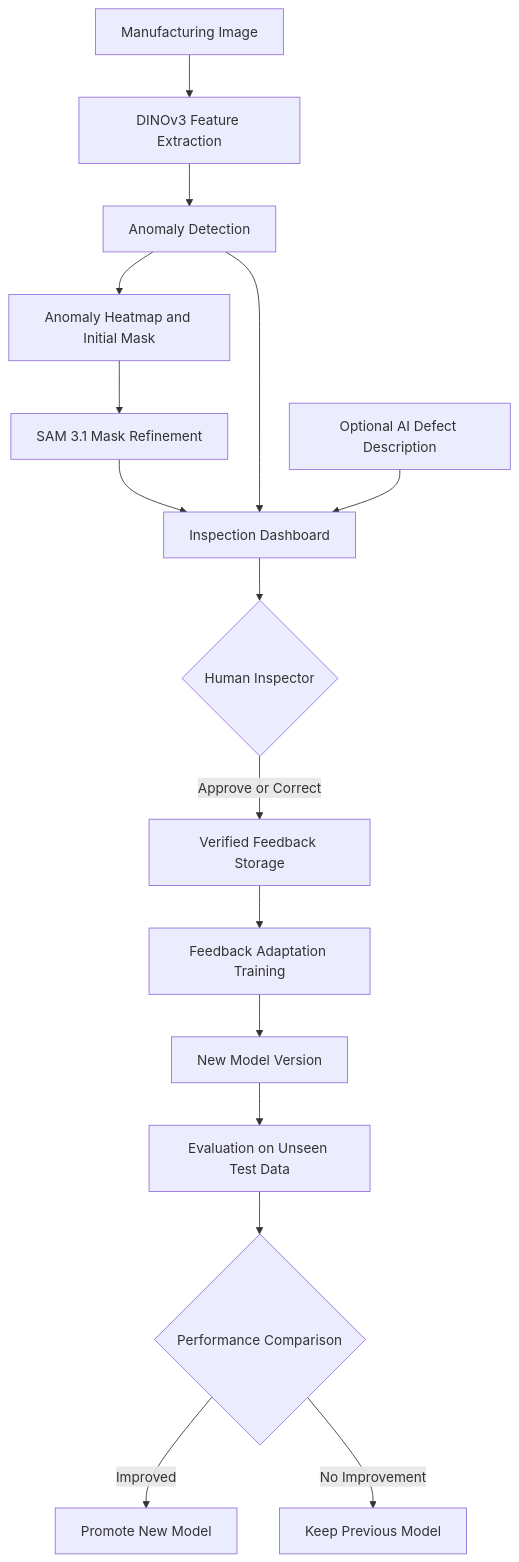
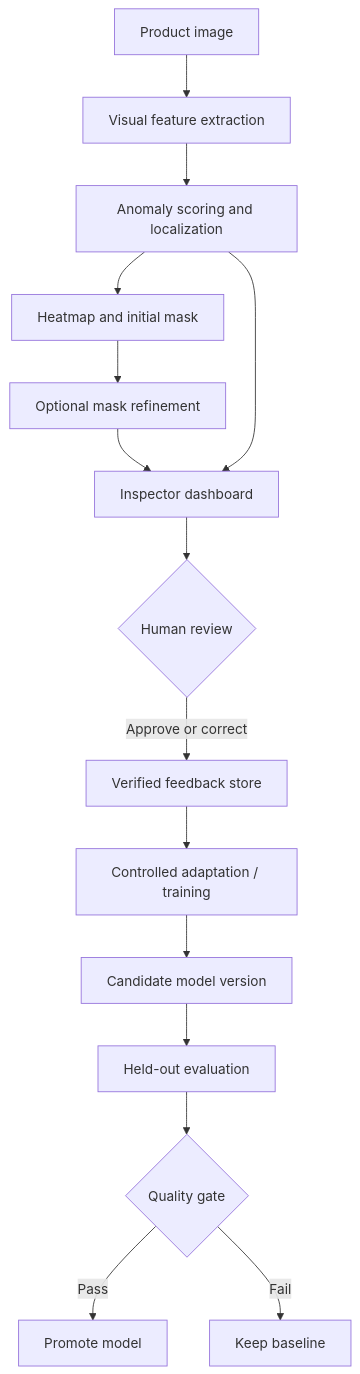
Before and after one commit to Muhammed-Farrag/DefoLoop: the diagram in README.md, drawn with Mermaid. The commit also changed other lines of this file, not shown here.

````diff
--- a/README.md
+++ b/README.md
@@ -115,23 +69,17 @@
 ```mermaid
 flowchart TD
-    A[Manufacturing Image] --> B[DINOv3 Feature Extraction]
-    B --> C[Anomaly Detection]
-    C --> D[Anomaly Heatmap and Initial Mask]
-    D --> E[SAM 3.1 Mask Refinement]
-    E --> F[Inspection Dashboard]
-
+    A[Product image] --> B[Visual feature extraction]
+    B --> C[Anomaly scoring and localization]
+    C --> D[Heatmap and initial mask]
+    D --> E[Optional mask refinement]
+    E --> F[Inspector dashboard]
     C --> F
-    G[Optional AI Defect Description] --> F
-
-    F --> H{Human Inspector}
-    H -->|Approve or Correct| I[Verified Feedback Storage]
-
-    I --> J[Feedback Adaptation Training]
-    J --> K[New Model Version]
-
-    K --> L[Evaluation on Unseen Test Data]
-    L --> M{Performance Comparison}
-
-    M -->|Improved| N[Promote New Model]
-    M -->|No Improvement| O[Keep Previous Model]
+    F --> G{Human review}
+    G -->|Approve or correct| H[Verified feedback store]
+    H --> I[Controlled adaptation / training]
+    I --> J[Candidate model version]
+    J --> K[Held-out evaluation]
+    K --> L{Quality gate}
+    L -->|Pass| M[Promote model]
+    L -->|Fail| N[Keep baseline]
 ```
````
